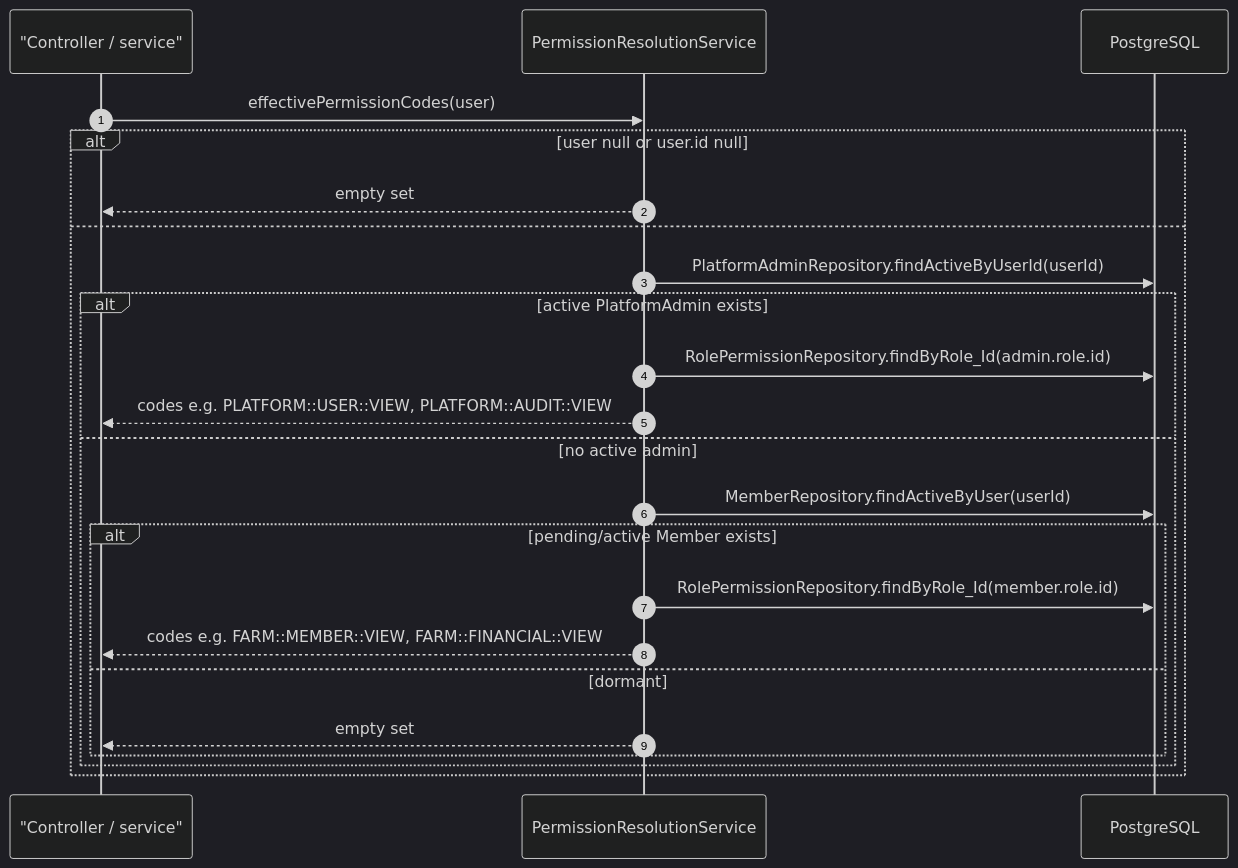
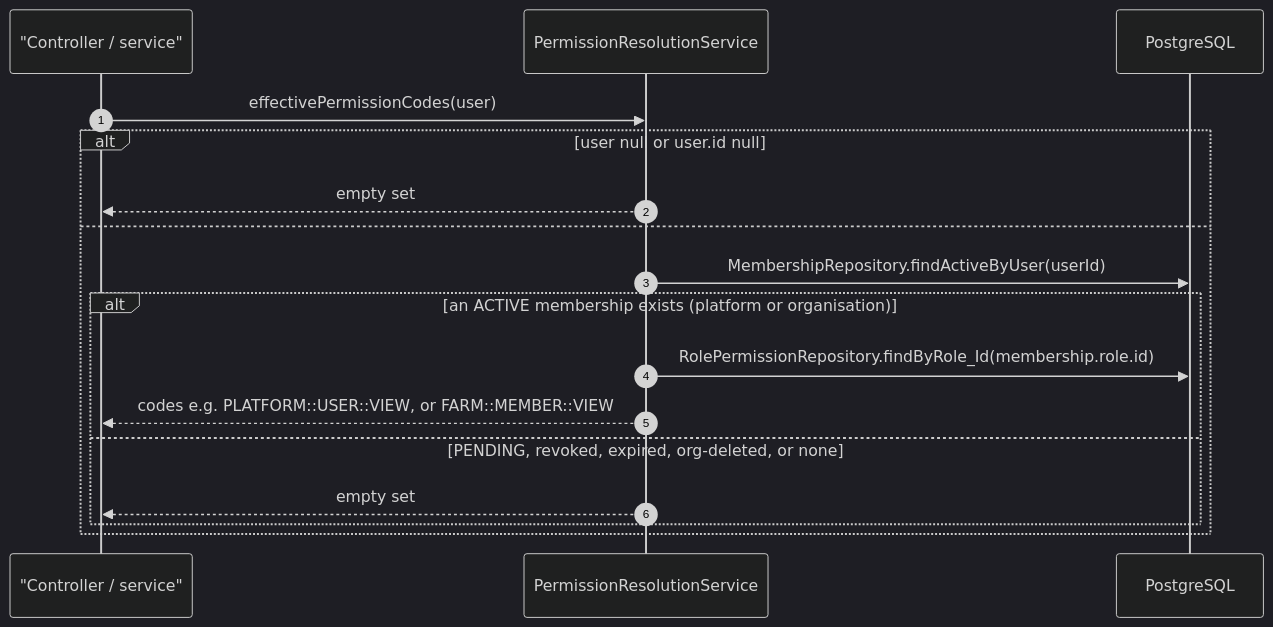
One commit to cropdoor/cropdoor-almanac changed the first of 3 diagrams in docs/rbac/authorization.md. Above: the diagram before and after it, drawn with Mermaid (dark theme). The commit also changed other lines of this file, not shown here.

Commit message:
rbac authorization: only an ACTIVE membership grants; a PENDING one holds the slot and resolves to staff at the phone-code doors (Pending invite sign-in, part 1 merged #378; part 2 in progress)

````diff
--- a/docs/rbac/authorization.md
+++ b/docs/rbac/authorization.md
@@ -15,26 +15,20 @@
 ```mermaid
 sequenceDiagram
     autonumber
     participant Caller as "Controller / service"
     participant Svc as PermissionResolutionService
     participant DB as PostgreSQL
 
     Caller->>Svc: effectivePermissionCodes(user)
     alt user null or user.id null
         Svc-->>Caller: empty set
     else
-        Svc->>DB: PlatformAdminRepository.findActiveByUserId(userId)
-        alt active PlatformAdmin exists
-            Svc->>DB: RolePermissionRepository.findByRole_Id(admin.role.id)
-            Svc-->>Caller: codes e.g. PLATFORM::USER::VIEW, PLATFORM::AUDIT::VIEW
-        else no active admin
-            Svc->>DB: MemberRepository.findActiveByUser(userId)
-            alt pending/active Member exists
-                Svc->>DB: RolePermissionRepository.findByRole_Id(member.role.id)
-                Svc-->>Caller: codes e.g. FARM::MEMBER::VIEW, FARM::FINANCIAL::VIEW
-            else dormant
-                Svc-->>Caller: empty set
-            end
+        Svc->>DB: MembershipRepository.findActiveByUser(userId)
+        alt an ACTIVE membership exists (platform or organisation)
+            Svc->>DB: RolePermissionRepository.findByRole_Id(membership.role.id)
+            Svc-->>Caller: codes e.g. PLATFORM::USER::VIEW, or FARM::MEMBER::VIEW
+        else PENDING, revoked, expired, org-deleted, or none
+            Svc-->>Caller: empty set
         end
     end
 ```
````
